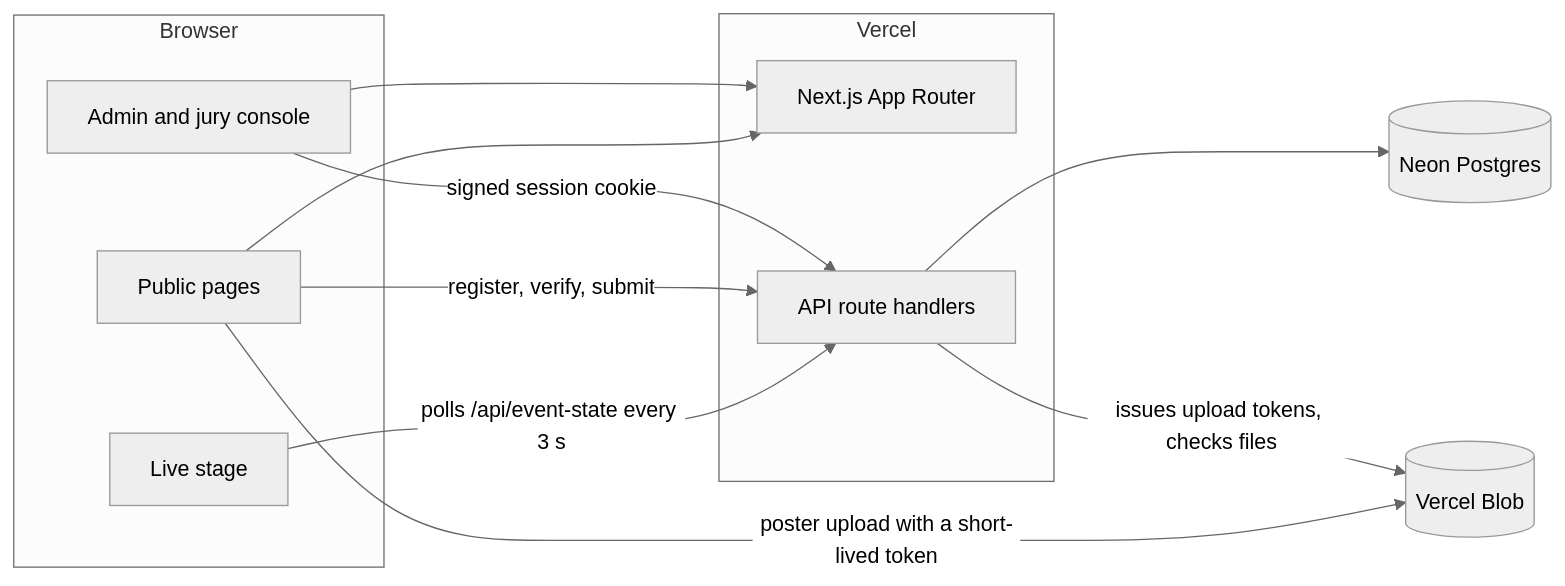
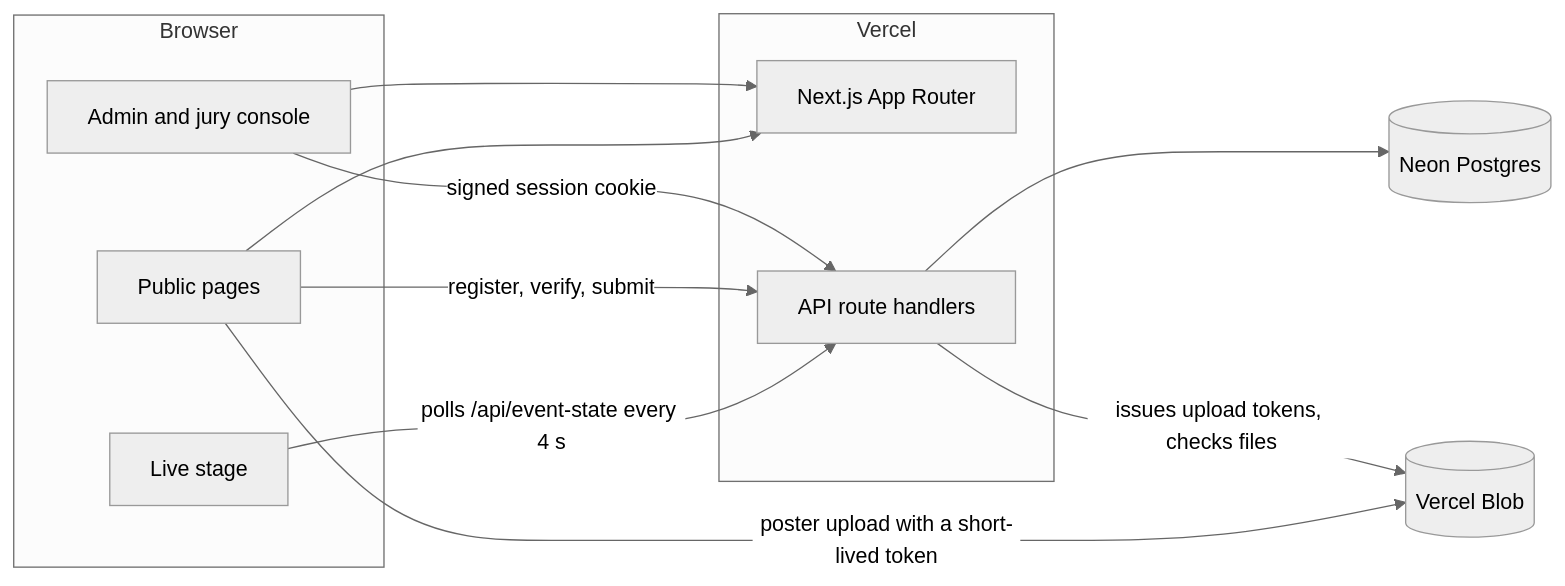
One commit to SuyashVJain/brandlab changed the second of 2 diagrams in README.md. Above: the diagram before and after it, drawn with Mermaid (neutral theme). The commit also changed other lines of this file and 7 other files, not shown here.

````diff
--- a/README.md
+++ b/README.md
@@ -183,25 +183,25 @@
 ```mermaid
 flowchart LR
     subgraph Browser
         P[Public pages]
         L[Live stage]
         A[Admin and jury console]
     end
 
     subgraph Vercel
         N[Next.js App Router]
         R[API route handlers]
     end
 
     D[(Neon Postgres)]
     B[(Vercel Blob)]
 
     P --> N
     A --> N
-    L -- polls /api/event-state every 3 s --> R
+    L -- polls /api/event-state every 4 s --> R
     P -- register, verify, submit --> R
     A -- signed session cookie --> R
     R --> D
     P -- poster upload with a short-lived token --> B
     R -- issues upload tokens, checks files --> B
 ```
````
